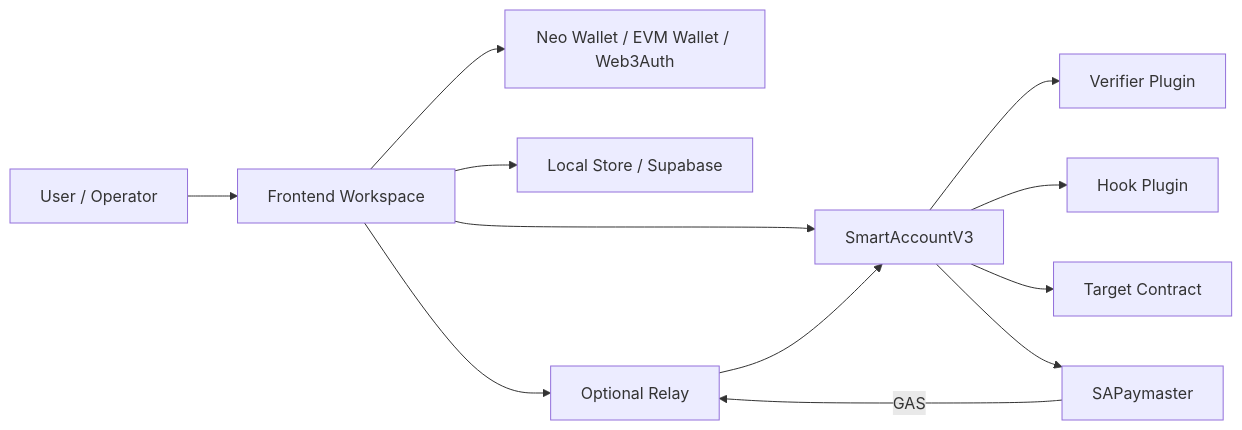
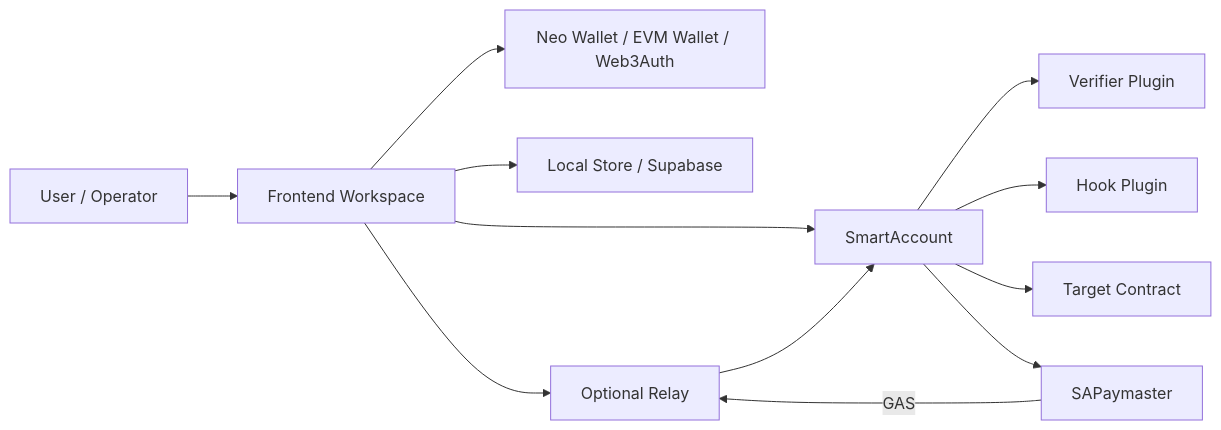
The first of 3 diagrams in docs/architecture.md (r3e-network/neo-os-aa), drawn with Mermaid before and after one commit. The commit also changed other lines of this file and 203 other files, not shown here.

````diff
--- a/docs/architecture.md
+++ b/docs/architecture.md
@@ -7,25 +7,25 @@
 ```mermaid
 flowchart LR
   User[User / Operator]
   Frontend[Frontend Workspace]
   Wallets[Neo Wallet / EVM Wallet / Web3Auth]
   Drafts[Local Store / Supabase]
   Relay[Optional Relay]
-  Core[SmartAccountV3]
+  Core[SmartAccount]
   Verifier[Verifier Plugin]
   Hook[Hook Plugin]
   Paymaster[SAPaymaster]
   Target[Target Contract]
 
   User --> Frontend
   Frontend --> Wallets
   Frontend --> Drafts
   Frontend --> Relay
   Frontend --> Core
   Relay --> Core
   Core --> Verifier
   Core --> Hook
   Core --> Target
   Core --> Paymaster
   Paymaster -->|GAS| Relay
 ```
````
